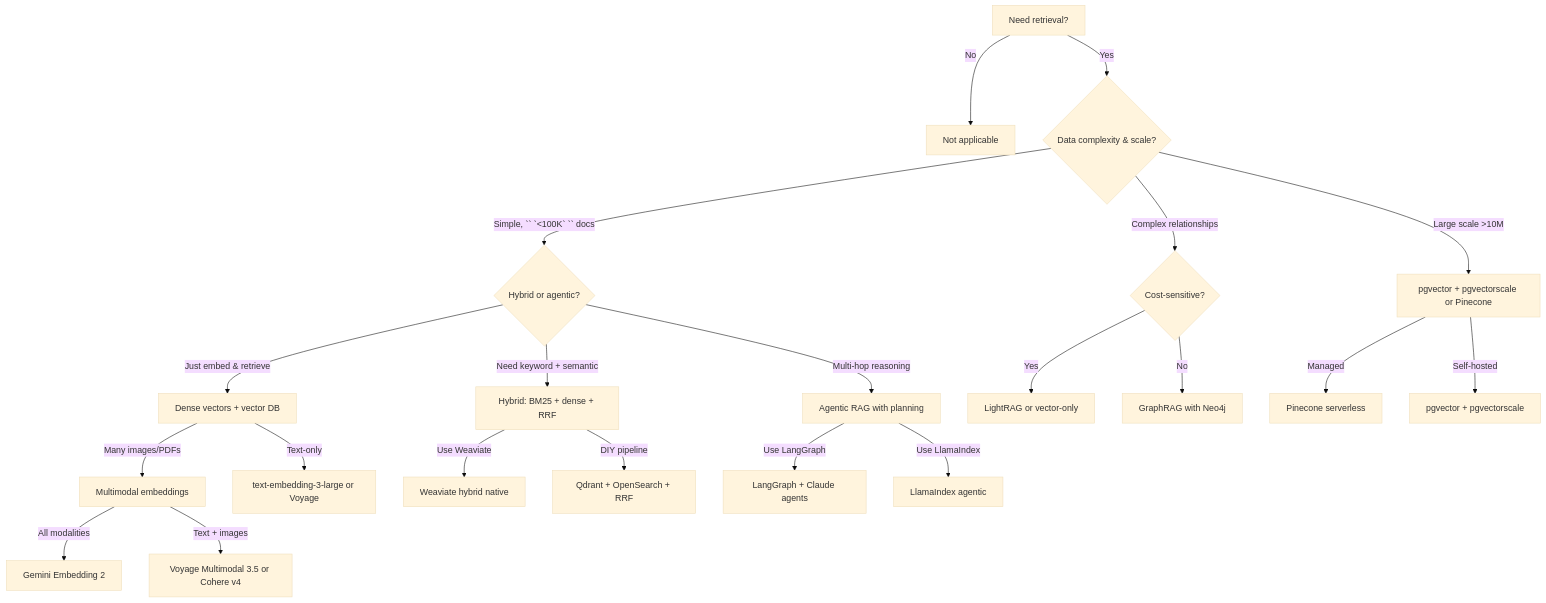
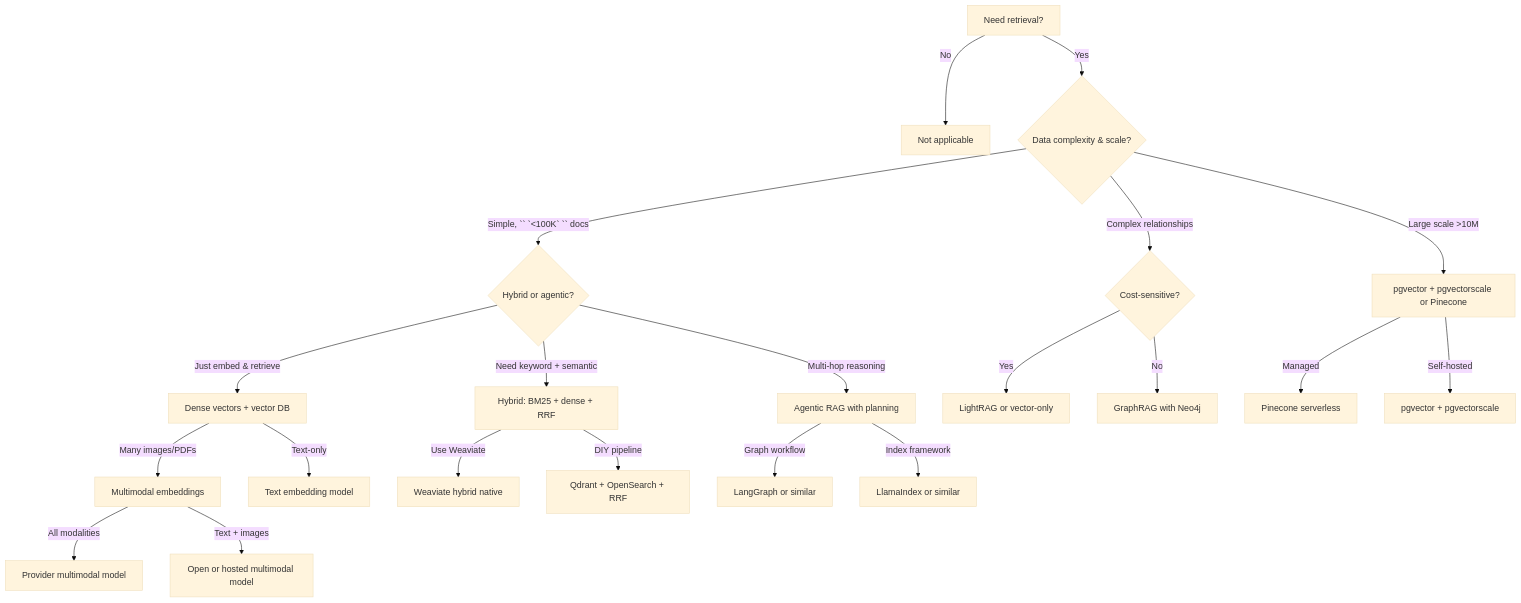
The diagram in src/content/docs/data-retrievability/index.mdx (howells/agentsurface), drawn with Mermaid (base theme) before and after one commit. The commit also changed other lines of this file and 49 other files, not shown here.

````diff
--- a/src/content/docs/data-retrievability/index.mdx
+++ b/src/content/docs/data-retrievability/index.mdx
@@ -23,31 +25,31 @@
 ```mermaid
 graph TD
     A[Need retrieval?] -->|No| B[Not applicable]
     A -->|Yes| C{Data complexity & scale?}
     
     C -->|Simple, `` `<100K` `` docs| D{Hybrid or agentic?}
     C -->|Complex relationships| E{Cost-sensitive?}
     C -->|Large scale >10M| F[pgvector + pgvectorscale or Pinecone]
     
     D -->|Just embed & retrieve| G[Dense vectors + vector DB]
     D -->|Need keyword + semantic| H[Hybrid: BM25 + dense + RRF]
     D -->|Multi-hop reasoning| I[Agentic RAG with planning]
     
     E -->|Yes| J[LightRAG or vector-only]
     E -->|No| K[GraphRAG with Neo4j]
     
     G -->|Many images/PDFs| L[Multimodal embeddings]
-    G -->|Text-only| M[text-embedding-3-large or Voyage]
+    G -->|Text-only| M[Text embedding model]
     
     H -->|Use Weaviate| N[Weaviate hybrid native]
     H -->|DIY pipeline| O[Qdrant + OpenSearch + RRF]
     
-    I -->|Use LangGraph| P[LangGraph + Claude agents]
-    I -->|Use LlamaIndex| Q[LlamaIndex agentic]
+    I -->|Graph workflow| P[LangGraph or similar]
+    I -->|Index framework| Q[LlamaIndex or similar]
     
     F -->|Managed| R[Pinecone serverless]
     F -->|Self-hosted| S[pgvector + pgvectorscale]
     
-    L -->|All modalities| T[Gemini Embedding 2]
-    L -->|Text + images| U[Voyage Multimodal 3.5 or Cohere v4]
+    L -->|All modalities| T[Provider multimodal model]
+    L -->|Text + images| U[Open or hosted multimodal model]
 ```
````
